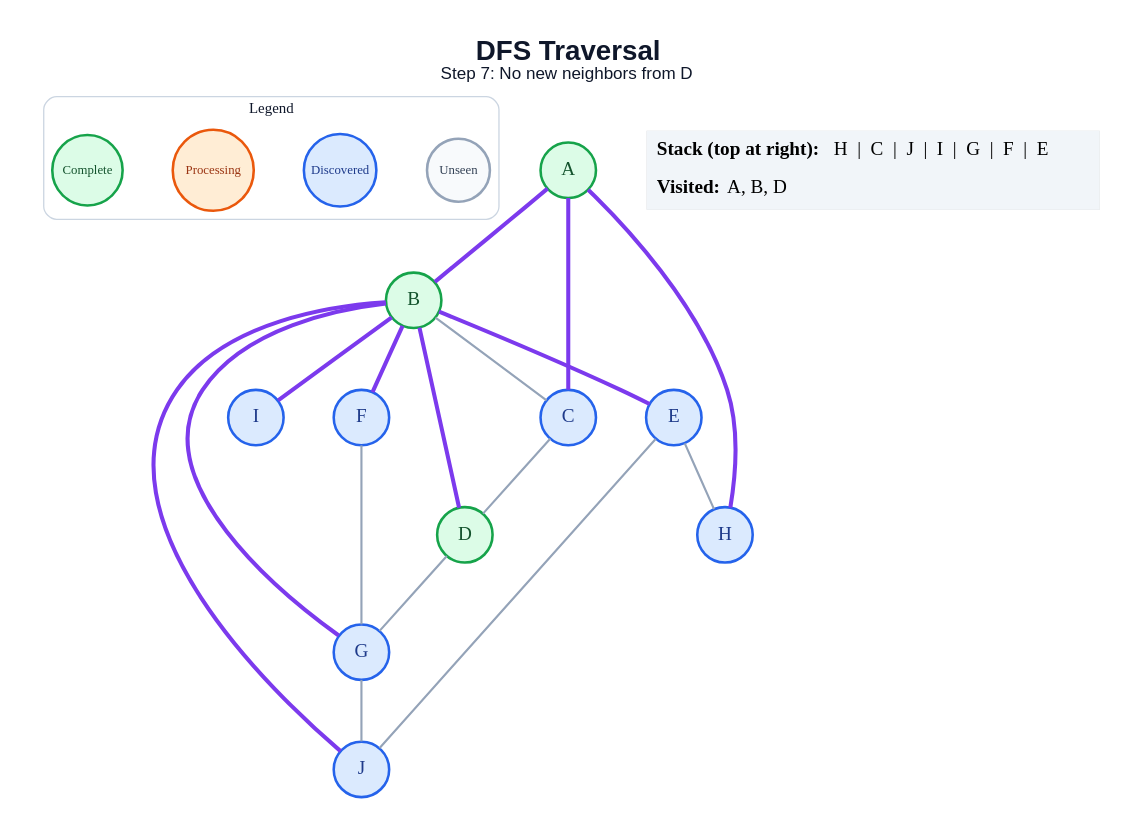
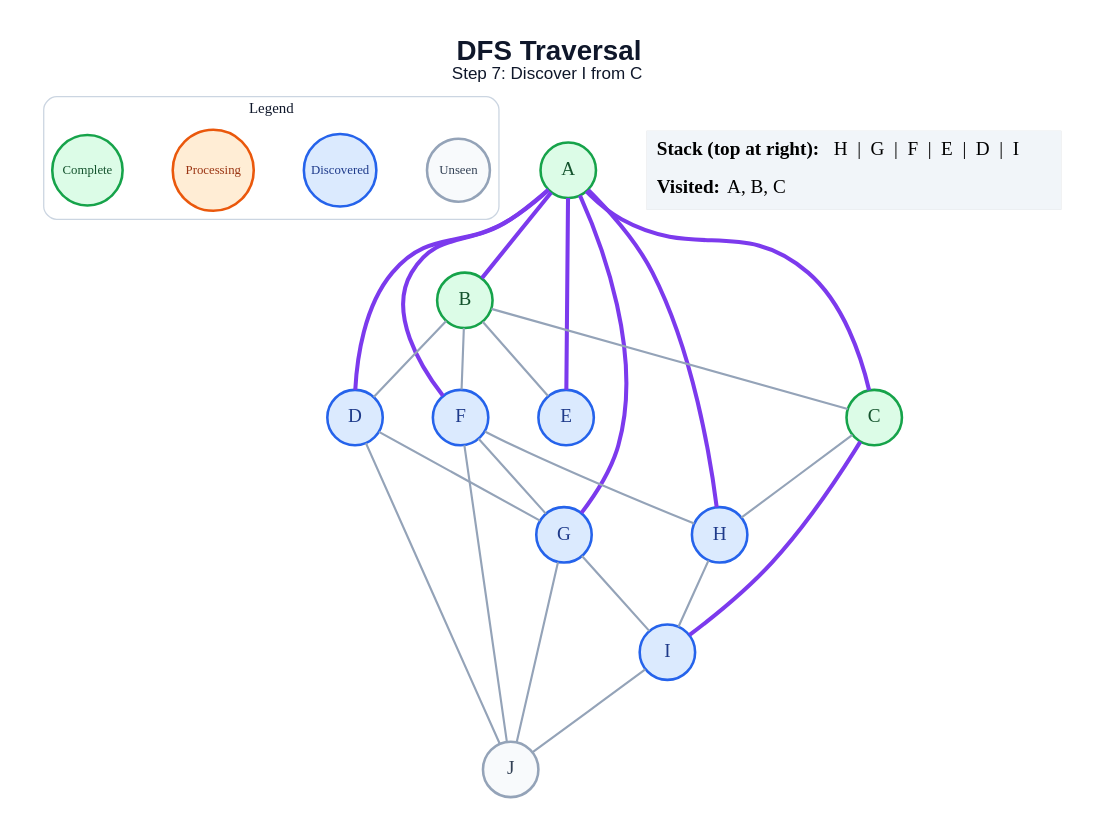
The diagram in generated/dfs/step_07.dot (amanghodawala9/ai-slop), drawn with Graphviz before and after one commit. The commit also changed 178 other files, not shown here.

```diff
--- a/generated/dfs/step_07.dot
+++ b/generated/dfs/step_07.dot
@@ -1,45 +1,51 @@
 graph traversal {
   graph [layout=dot, rankdir=TB, bgcolor="#FFFFFF", pad="0.35", nodesep="0.65", ranksep="0.8", fontname="Arial"];
   node [shape=circle, style="filled", fontname="Arial Bold", fontsize=18, width=0.72, fixedsize=true, penwidth=2.4];
   edge [color="#94A3B8", penwidth=2.0];
-  label=<<B>DFS Traversal</B><BR/><FONT POINT-SIZE="16">Step 7: No new neighbors from D</FONT>>; labelloc="t"; fontsize=26; fontname="Arial"; fontcolor="#0F172A";
+  label=<<B>DFS Traversal</B><BR/><FONT POINT-SIZE="16">Step 7: Discover I from C</FONT>>; labelloc="t"; fontsize=26; fontname="Arial"; fontcolor="#0F172A";
   subgraph cluster_legend { label="Legend"; color="#CBD5E1"; penwidth=1.2; style="rounded"; fontsize=14; fontname="Arial Bold";
     key_unseen [label="Unseen", fillcolor="#F8FAFC", color="#94A3B8", fontcolor="#334155", fontsize=12, width=0.82];
     key_frontier [label="Discovered", fillcolor="#DBEAFE", color="#2563EB", fontcolor="#1E3A8A", fontsize=12, width=0.95];
     key_current [label="Processing", fillcolor="#FFEDD5", color="#EA580C", fontcolor="#9A3412", fontsize=12, width=1.05];
     key_done [label="Complete", fillcolor="#DCFCE7", color="#16A34A", fontcolor="#14532D", fontsize=12, width=0.92];
     { rank=same; key_unseen; key_frontier; key_current; key_done; }
   }
   A [fillcolor="#DCFCE7", color="#16A34A", fontcolor="#14532D"];
   B [fillcolor="#DCFCE7", color="#16A34A", fontcolor="#14532D"];
-  C [fillcolor="#DBEAFE", color="#2563EB", fontcolor="#1E3A8A"];
-  D [fillcolor="#DCFCE7", color="#16A34A", fontcolor="#14532D"];
+  C [fillcolor="#DCFCE7", color="#16A34A", fontcolor="#14532D"];
+  D [fillcolor="#DBEAFE", color="#2563EB", fontcolor="#1E3A8A"];
   E [fillcolor="#DBEAFE", color="#2563EB", fontcolor="#1E3A8A"];
   F [fillcolor="#DBEAFE", color="#2563EB", fontcolor="#1E3A8A"];
   G [fillcolor="#DBEAFE", color="#2563EB", fontcolor="#1E3A8A"];
   H [fillcolor="#DBEAFE", color="#2563EB", fontcolor="#1E3A8A"];
   I [fillcolor="#DBEAFE", color="#2563EB", fontcolor="#1E3A8A"];
-  J [fillcolor="#DBEAFE", color="#2563EB", fontcolor="#1E3A8A"];
+  J [fillcolor="#F8FAFC", color="#94A3B8", fontcolor="#334155"];
   A -- B [color="#7C3AED", penwidth=3.8];
   A -- C [color="#7C3AED", penwidth=3.8];
+  A -- D [color="#7C3AED", penwidth=3.8];
+  A -- E [color="#7C3AED", penwidth=3.8];
+  A -- F [color="#7C3AED", penwidth=3.8];
+  A -- G [color="#7C3AED", penwidth=3.8];
   A -- H [color="#7C3AED", penwidth=3.8];
   B -- C;
-  B -- D [color="#7C3AED", penwidth=3.8];
-  B -- E [color="#7C3AED", penwidth=3.8];
-  B -- F [color="#7C3AED", penwidth=3.8];
-  B -- G [color="#7C3AED", penwidth=3.8];
-  B -- I [color="#7C3AED", penwidth=3.8];
-  B -- J [color="#7C3AED", penwidth=3.8];
-  C -- D;
+  B -- D;
+  B -- E;
+  B -- F;
+  C -- H;
+  C -- I [color="#7C3AED", penwidth=3.8];
   D -- G;
-  E -- H;
-  E -- J;
+  D -- J;
   F -- G;
+  F -- H;
+  F -- J;
+  G -- I;
   G -- J;
+  H -- I;
+  I -- J;
   status [shape=plain, fixedsize=false, width=0, height=0, margin=0, label=<
     <TABLE BORDER="0" CELLBORDER="0" CELLPADDING="7" BGCOLOR="#F1F5F9">
-      <TR><TD ALIGN="LEFT"><B>Stack (top at right):</B> H  |  C  |  J  |  I  |  G  |  F  |  E</TD></TR>
-      <TR><TD ALIGN="LEFT"><B>Visited:</B> A, B, D</TD></TR>
+      <TR><TD ALIGN="LEFT"><B>Stack (top at right):</B> H  |  G  |  F  |  E  |  D  |  I</TD></TR>
+      <TR><TD ALIGN="LEFT"><B>Visited:</B> A, B, C</TD></TR>
     </TABLE>
   >];
 }
```
